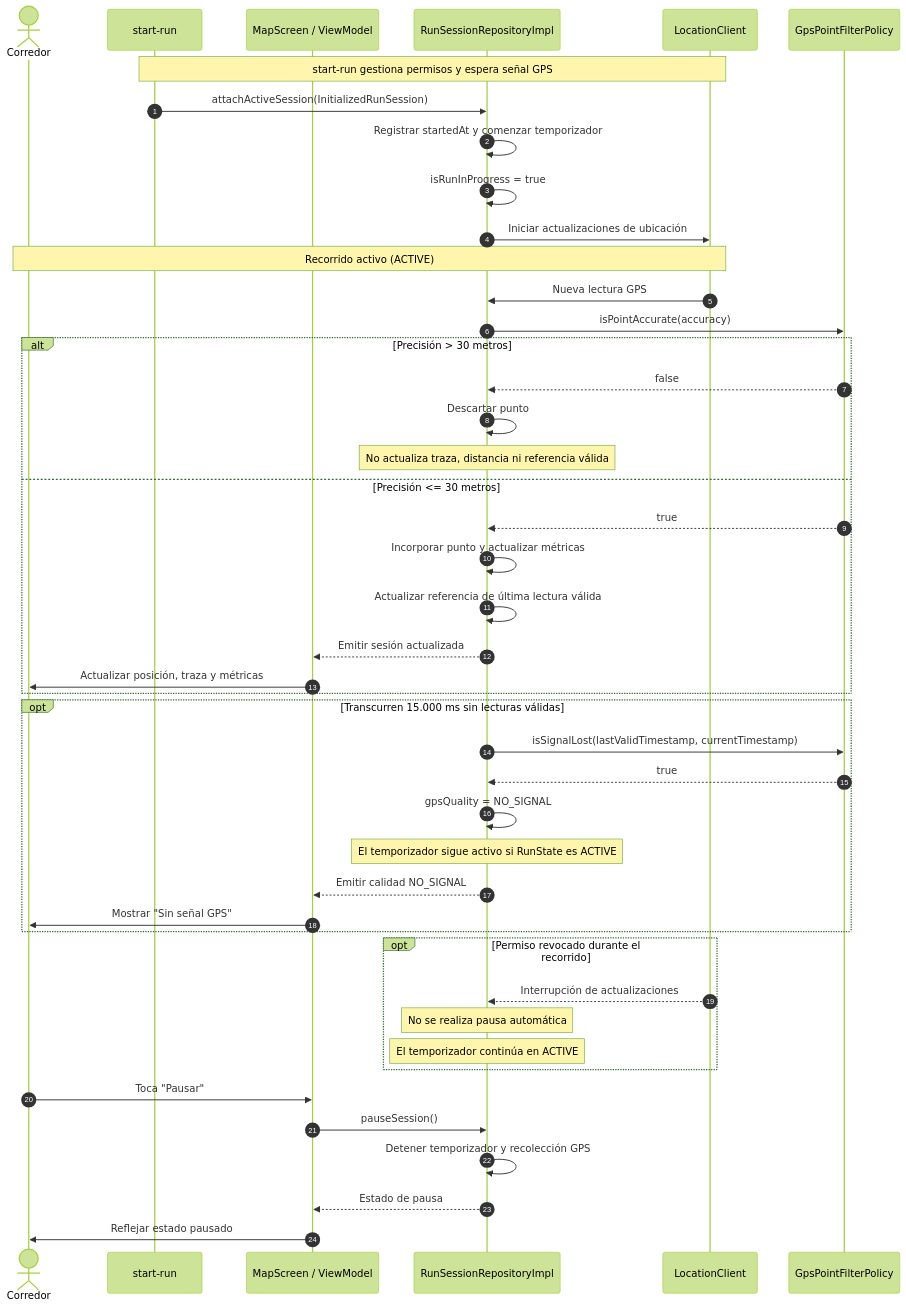
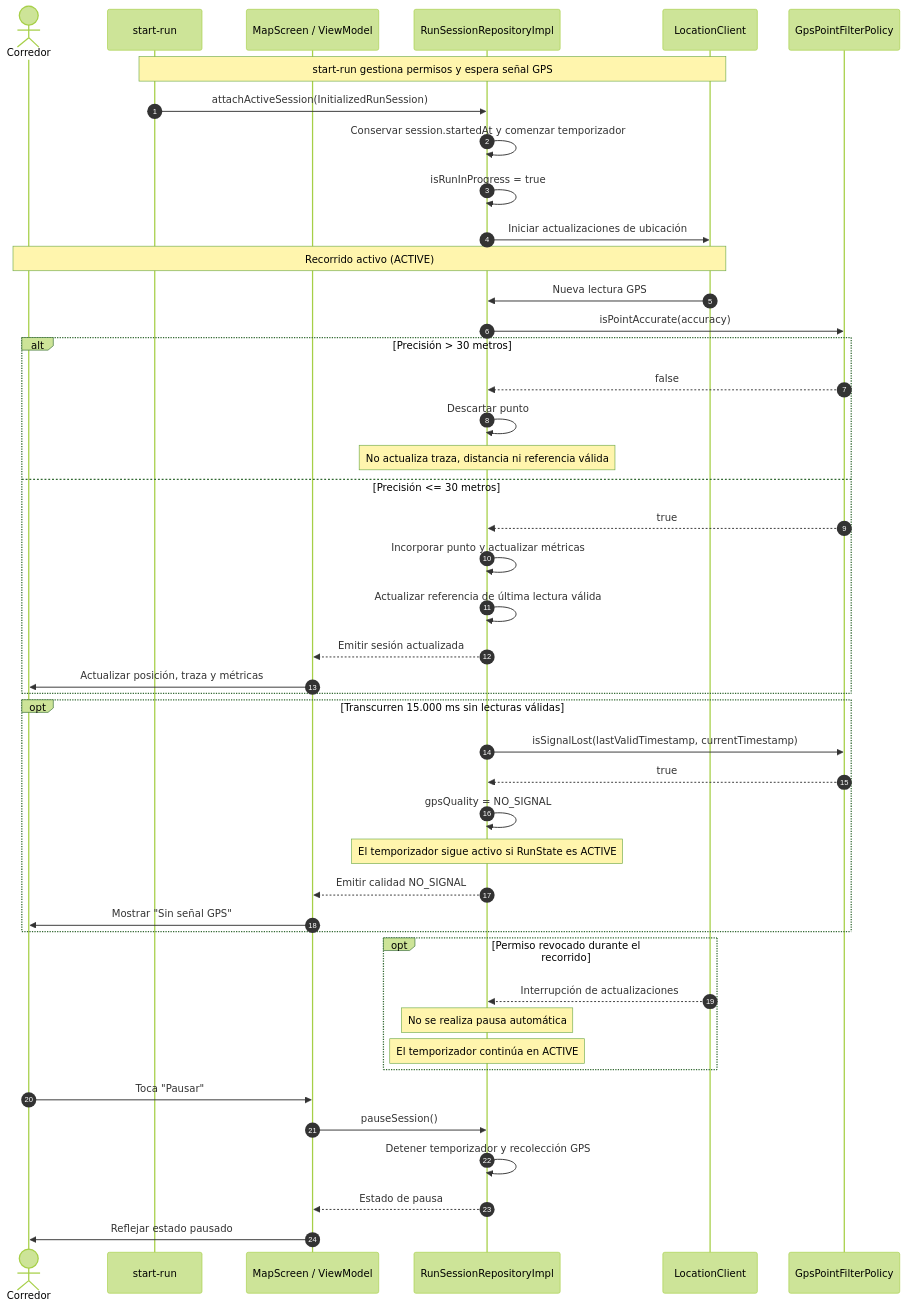
Before and after one commit to unlam-tec-movil/A3-2026-H2-E2: the second of 5 diagrams in .kiro/specs/live-route-tracking/design.md, drawn with Mermaid (forest theme). The commit also changed other lines of this file, not shown here.

````diff
--- a/.kiro/specs/live-route-tracking/design.md
+++ b/.kiro/specs/live-route-tracking/design.md
@@ -284,53 +289,53 @@
 ```mermaid
 sequenceDiagram
     autonumber
     actor Corredor
     participant Start as start-run
     participant UI as MapScreen / ViewModel
     participant Repo as RunSessionRepositoryImpl
     participant GPS as LocationClient
     participant Filter as GpsPointFilterPolicy
 
     Note over Start,GPS: start-run gestiona permisos y espera señal GPS
     Start->>Repo: attachActiveSession(InitializedRunSession)
-    Repo->>Repo: Registrar startedAt y comenzar temporizador
+    Repo->>Repo: Conservar session.startedAt y comenzar temporizador
     Repo->>Repo: isRunInProgress = true
     Repo->>GPS: Iniciar actualizaciones de ubicación
 
     Note over Corredor,GPS: Recorrido activo (ACTIVE)
     GPS->>Repo: Nueva lectura GPS
     Repo->>Filter: isPointAccurate(accuracy)
 
     alt Precisión > 30 metros
         Filter-->>Repo: false
         Repo->>Repo: Descartar punto
         Note over Repo: No actualiza traza, distancia ni referencia válida
     else Precisión <= 30 metros
         Filter-->>Repo: true
         Repo->>Repo: Incorporar punto y actualizar métricas
         Repo->>Repo: Actualizar referencia de última lectura válida
         Repo-->>UI: Emitir sesión actualizada
         UI->>Corredor: Actualizar posición, traza y métricas
     end
 
     opt Transcurren 15.000 ms sin lecturas válidas
         Repo->>Filter: isSignalLost(lastValidTimestamp, currentTimestamp)
         Filter-->>Repo: true
         Repo->>Repo: gpsQuality = NO_SIGNAL
         Note over Repo: El temporizador sigue activo si RunState es ACTIVE
         Repo-->>UI: Emitir calidad NO_SIGNAL
         UI->>Corredor: Mostrar "Sin señal GPS"
     end
 
     opt Permiso revocado durante el recorrido
         GPS-->>Repo: Interrupción de actualizaciones
         Note over Repo: No se realiza pausa automática
         Note over Repo: El temporizador continúa en ACTIVE
     end
 
     Corredor->>UI: Toca "Pausar"
     UI->>Repo: pauseSession()
     Repo->>Repo: Detener temporizador y recolección GPS
     Repo-->>UI: Estado de pausa
     UI->>Corredor: Reflejar estado pausado
 ```
````
